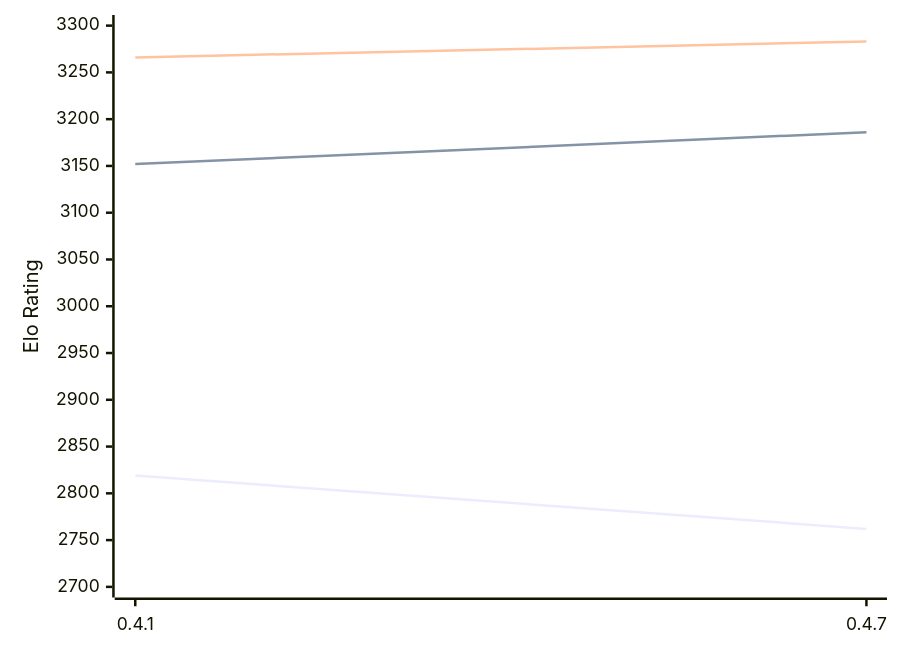
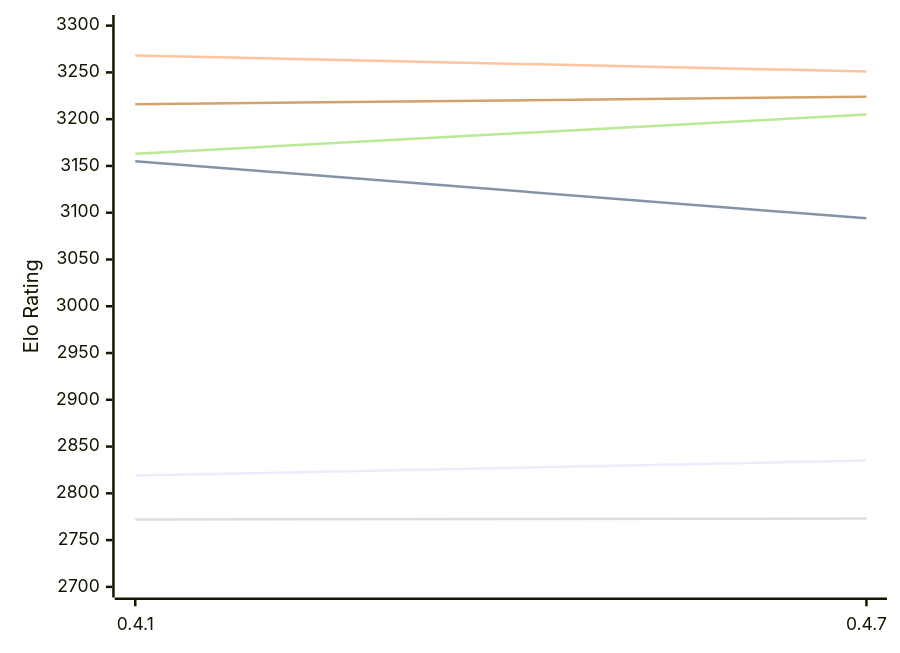
Before and after one commit to computer-chess-index/cci: the diagram in engines/Arabica.md, drawn with Mermaid. The commit also changed other lines of this file, not shown here.

Commit message:
Update CCI Ratings (ELO VLTC) - 2026-11-15

````diff
--- a/engines/Arabica.md
+++ b/engines/Arabica.md
@@ -48,12 +49,12 @@
 ```mermaid
 %%{init: {"theme":"base","themeVariables":{"seriesColors:['#a3a3a3','#222221','#faa371']}}}%%
 xychart-beta
   x-axis ["0.4.1", "0.4.7"]
   y-axis "Elo Rating" 2700 --> 3300
-  line "E1: STC (8.0+0.08s)" [2819, 2762]
-  line "E1: LTC (60.0+0.60s)" [3152, 3186]
-  line "E1: VLTC (2m24s+1.12s)" [3266, 3283]
-  line "P1: STC (8.0+0.08s)" [2772]
-  line "P1: LTC (60.0+0.60s)" [3173]
-  line "P1: VLTC (2m24s+1.12s)" [3225]
+  line "E1: STC (8.0+0.08s)" [2819, 2835]
+  line "E1: LTC (60.0+0.60s)" [3155, 3094]
+  line "E1: VLTC (2m24s+1.12s)" [3268, 3251]
+  line "P1: STC (8.0+0.08s)" [2772, 2773]
+  line "P1: LTC (60.0+0.60s)" [3163, 3205]
+  line "P1: VLTC (2m24s+1.12s)" [3216, 3224]
 ```
````
